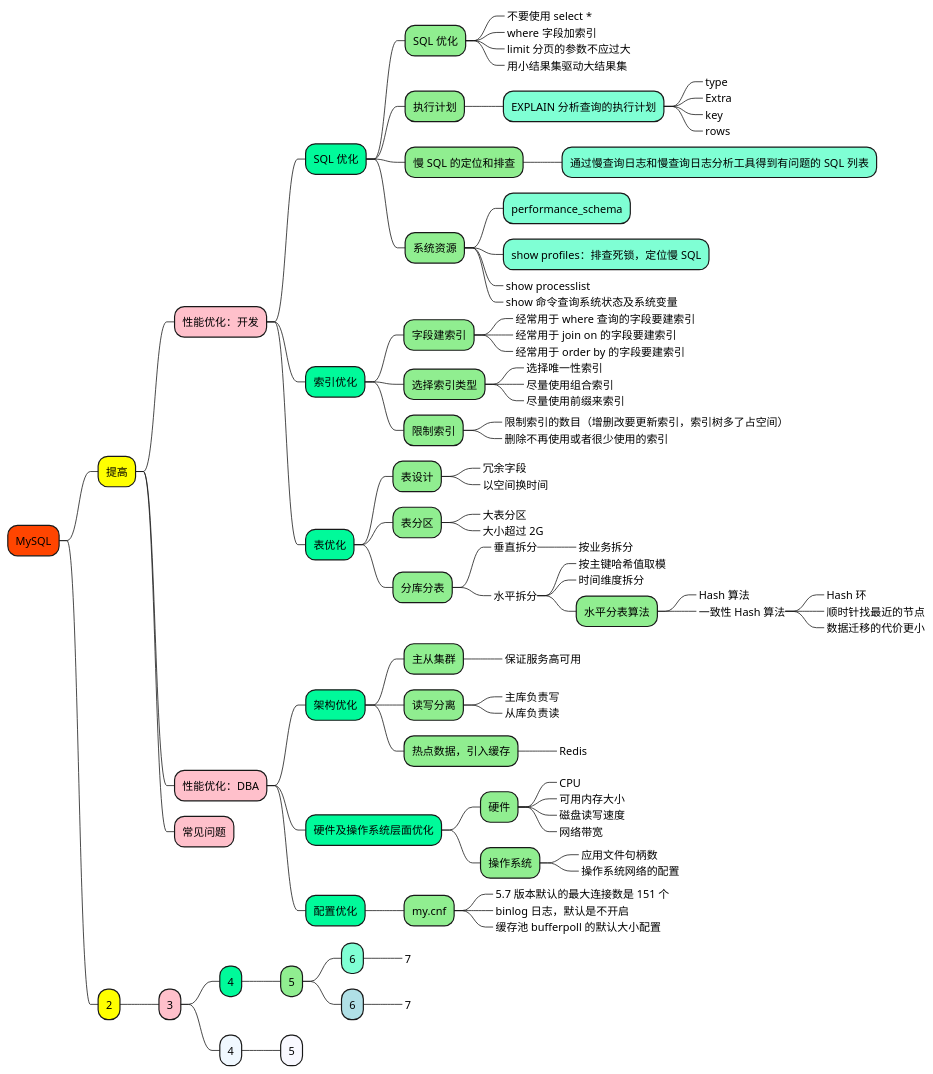
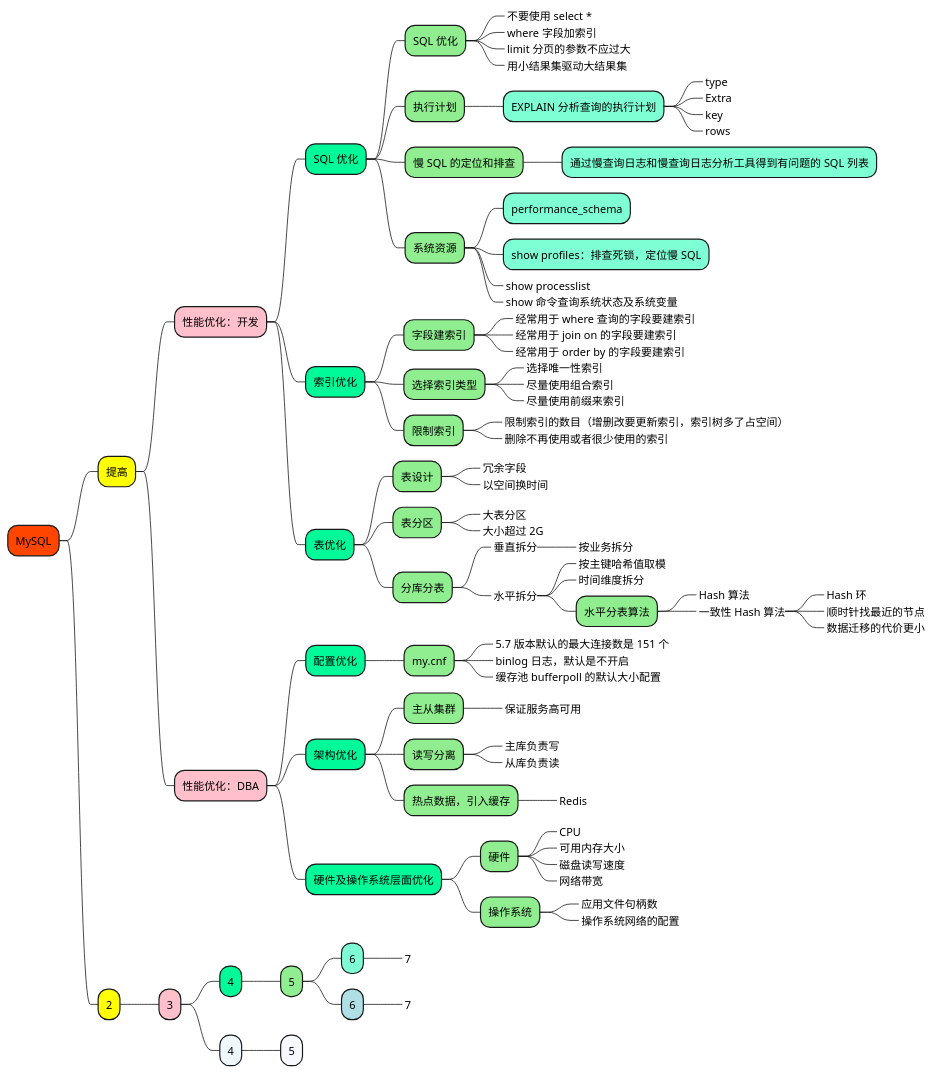
One commit to doveg/self-cultivation-of-a-software-engineer changed the diagram in 1_map/4-database/MySQL-提高.puml. Above: the diagram before and after it, drawn with PlantUML. The commit also changed 8 other files, not shown here.

```diff
--- a/1_map/4-database/MySQL-提高.puml
+++ b/1_map/4-database/MySQL-提高.puml
@@ -1,128 +1,129 @@
 @startmindmap
 
 +[#OrangeRed] MySQL
 
 ++[#yellow] 提高
 
 +++[#Pink] 性能优化：开发
 
 ++++[#MediumSpringGreen] SQL 优化
 +++++[#LightGreen] SQL 优化
 ++++++[#LightBlue]_ 不要使用 select *
 ++++++[#LightBlue]_ where 字段加索引
 ++++++[#LightBlue]_ limit 分页的参数不应过大
 ++++++[#LightBlue]_ 用小结果集驱动大结果集
 
 +++++[#LightGreen] 执行计划
 ++++++[#Aquamarine] EXPLAIN 分析查询的执行计划
 +++++++[#Aquamarine]_ type
 +++++++[#Aquamarine]_ Extra
 +++++++[#Aquamarine]_ key
 +++++++[#Aquamarine]_ rows
 
 +++++[#LightGreen] 慢 SQL 的定位和排查
 ++++++[#Aquamarine] 通过慢查询日志和慢查询日志分析工具得到有问题的 SQL 列表
 
 +++++[#LightGreen] 系统资源
 ++++++[#Aquamarine] performance_schema
 ++++++[#Aquamarine] show profiles：排查死锁，定位慢 SQL
 ++++++[#Aquamarine]_ show processlist
 ++++++[#Aquamarine]_ show 命令查询系统状态及系统变量
 
 
 ++++[#MediumSpringGreen] 索引优化
 
 +++++[#LightGreen] 字段建索引
 ++++++[#Aquamarine]_ 经常用于 where 查询的字段要建索引
 ++++++[#Aquamarine]_ 经常用于 join on 的字段要建索引
 ++++++[#Aquamarine]_ 经常用于 order by 的字段要建索引
 
 +++++[#LightGreen] 选择索引类型
 ++++++[#Aquamarine]_ 选择唯一性索引
 ++++++[#Aquamarine]_ 尽量使用组合索引
 ++++++[#Aquamarine]_ 尽量使用前缀来索引
 
 +++++[#LightGreen] 限制索引
 ++++++[#Aquamarine]_ 限制索引的数目（增删改要更新索引，索引树多了占空间）
 ++++++[#Aquamarine]_ 删除不再使用或者很少使用的索引
 
 
 ++++[#MediumSpringGreen] 表优化
 
 +++++[#LightGreen] 表设计
 ++++++[#Aquamarine]_ 冗余字段
 ++++++[#Aquamarine]_ 以空间换时间
 
 +++++[#LightGreen] 表分区
 ++++++[#Aquamarine]_ 大表分区
 ++++++[#Aquamarine]_ 大小超过 2G
 
 +++++[#LightGreen] 分库分表
 ++++++[#Aquamarine]_ 垂直拆分
 +++++++[#Aquamarine]_ 按业务拆分
 ++++++[#Aquamarine]_ 水平拆分
 +++++++[#Aquamarine]_ 按主键哈希值取模
 +++++++[#Aquamarine]_ 时间维度拆分
 +++++++[#LightGreen] 水平分表算法
 ++++++++[#Aquamarine]_ Hash 算法
 ++++++++[#Aquamarine]_ 一致性 Hash 算法
 +++++++++[#Aquamarine]_ Hash 环
 +++++++++[#Aquamarine]_ 顺时针找最近的节点
 +++++++++[#Aquamarine]_ 数据迁移的代价更小
 
 
 +++[#Pink] 性能优化：DBA
 
+++++[#MediumSpringGreen] 配置优化
+
++++++[#LightGreen] my.cnf
+++++++[#Aquamarine]_ 5.7 版本默认的最大连接数是 151 个
+++++++[#Aquamarine]_ binlog 日志，默认是不开启
+++++++[#Aquamarine]_ 缓存池 bufferpoll 的默认大小配置
+
+
 ++++[#MediumSpringGreen] 架构优化
 
 +++++[#LightGreen] 主从集群
 ++++++[#Aquamarine]_ 保证服务高可用
 
 +++++[#LightGreen] 读写分离
 ++++++[#Aquamarine]_ 主库负责写
 ++++++[#Aquamarine]_ 从库负责读
 
 +++++[#LightGreen] 热点数据，引入缓存
 ++++++[#Aquamarine]_ Redis
 
 
 ++++[#MediumSpringGreen] 硬件及操作系统层面优化
 
 +++++[#LightGreen] 硬件
 ++++++[#Aquamarine]_ CPU
 ++++++[#Aquamarine]_ 可用内存大小
 ++++++[#Aquamarine]_ 磁盘读写速度
 ++++++[#Aquamarine]_ 网络带宽
 +++++[#LightGreen] 操作系统
 ++++++[#Aquamarine]_ 应用文件句柄数
 ++++++[#Aquamarine]_ 操作系统网络的配置
 
 
-++++[#MediumSpringGreen] 配置优化
-
-+++++[#LightGreen] my.cnf
-++++++[#Aquamarine]_ 5.7 版本默认的最大连接数是 151 个
-++++++[#Aquamarine]_ binlog 日志，默认是不开启
-++++++[#Aquamarine]_ 缓存池 bufferpoll 的默认大小配置
 
 
-
-+++[#Pink] 常见问题
+'+++[#Pink] 常见问题
 
 
 ++[#yellow] 2
 
 +++[#Pink] 3
 
 ++++[#MediumSpringGreen] 4
 +++++[#LightGreen] 5
 ++++++[#Aquamarine] 6
 +++++++[#Aquamarine]_ 7
 ++++++[#PowderBlue] 6
 +++++++[#PowderBlue]_ 7
 ++++[#AliceBlue] 4
 +++++[#GhostWhite] 5
 
 
 
 @endmindmap
```
